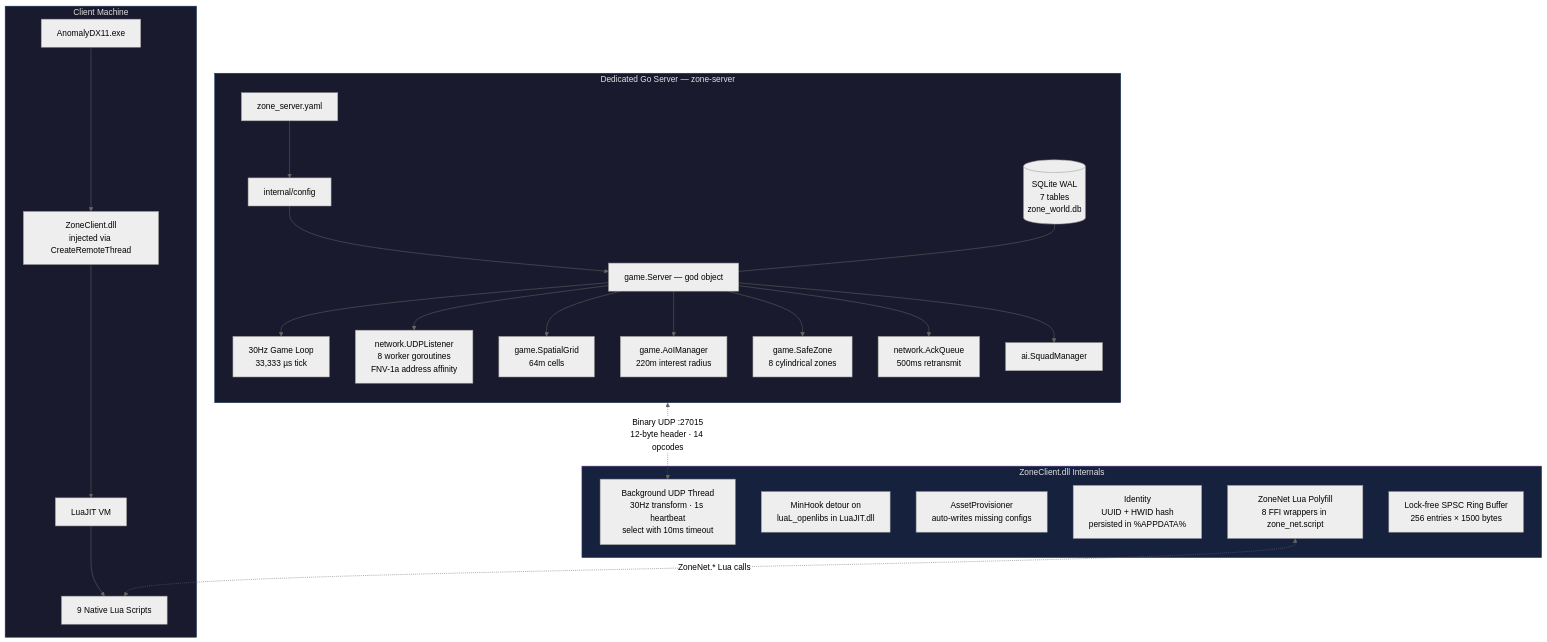
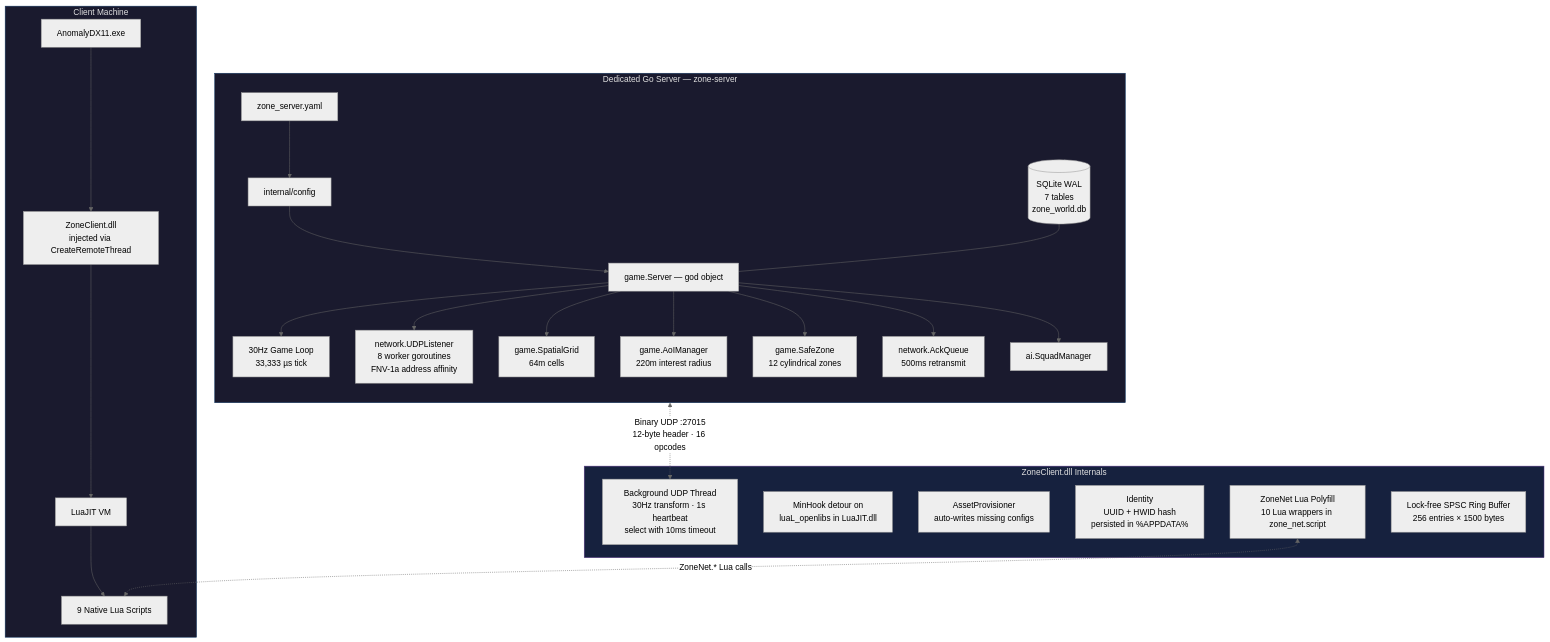
Before and after one commit to AnarchadiaMC/Zone: the first of 3 diagrams in README.md, drawn with Mermaid (neutral theme). The commit also changed other lines of this file and 3 other files, not shown here.

````diff
--- a/README.md
+++ b/README.md
@@ -14,38 +14,38 @@
 ```mermaid
 graph TB
     subgraph Server["Dedicated Go Server — zone-server"]
         direction TB
         YAML["zone_server.yaml"] --> CFG["internal/config"]
         CFG --> SRV["game.Server — god object"]
         SRV --> TICK["30Hz Game Loop<br/>33,333 µs tick"]
         SRV --> UDP["network.UDPListener<br/>8 worker goroutines<br/>FNV-1a address affinity"]
         SRV --> SPATIAL["game.SpatialGrid<br/>64m cells"]
         SRV --> AOI["game.AoIManager<br/>220m interest radius"]
-        SRV --> SZ["game.SafeZone<br/>8 cylindrical zones"]
+        SRV --> SZ["game.SafeZone<br/>12 cylindrical zones"]
         SRV --> ACK["network.AckQueue<br/>500ms retransmit"]
         SRV --> AI["ai.SquadManager"]
         DB[("SQLite WAL<br/>7 tables<br/>zone_world.db")] --- SRV
     end
 
     subgraph Client["Client Machine"]
         EXE["AnomalyDX11.exe"] --> DLL["ZoneClient.dll<br/>injected via CreateRemoteThread"]
         DLL --> LUA["LuaJIT VM"]
         LUA --> SCRIPTS["9 Native Lua Scripts"]
     end
 
     subgraph DLLInternals["ZoneClient.dll Internals"]
         NET["Background UDP Thread<br/>30Hz transform · 1s heartbeat<br/>select with 10ms timeout"]
         HOOK["MinHook detour on<br/>luaL_openlibs in LuaJIT.dll"]
         PROV["AssetProvisioner<br/>auto-writes missing configs"]
         ID["Identity<br/>UUID + HWID hash<br/>persisted in %APPDATA%"]
-        BIND["ZoneNet Lua Polyfill<br/>8 FFI wrappers in zone_net.script"]
+        BIND["ZoneNet Lua Polyfill<br/>10 Lua wrappers in zone_net.script"]
         RING["Lock-free SPSC Ring Buffer<br/>256 entries × 1500 bytes"]
     end
 
-    UDP <-.->|"Binary UDP :27015<br/>12-byte header · 14 opcodes"| NET
+    UDP <-.->|"Binary UDP :27015<br/>12-byte header · 16 opcodes"| NET
     BIND <-.->|"ZoneNet.* Lua calls"| SCRIPTS
 
     style Server fill:#1a1a2e,stroke:#0f3460,color:#e0e0e0
     style Client fill:#1a1a2e,stroke:#0f3460,color:#e0e0e0
     style DLLInternals fill:#16213e,stroke:#533483,color:#e0e0e0
 ```
````
